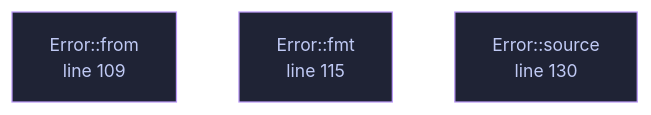
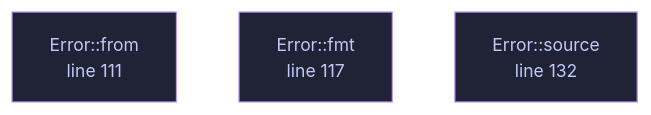
One commit to tilas01/veilvoice changed the diagram in docs/files/veilvoice-conversation/lib.md. Above: the diagram before and after it, drawn with Mermaid. The commit also changed other lines of this file and 55 other files, not shown here.

````diff
--- a/docs/files/veilvoice-conversation/lib.md
+++ b/docs/files/veilvoice-conversation/lib.md
@@ -114,12 +114,12 @@
 ```mermaid
 %%{init: {"theme":"base","themeVariables":{"background":"#1a1b26","primaryColor":"#1f2335","primaryTextColor":"#c0caf5","primaryBorderColor":"#7aa2f7","secondaryColor":"#16161e","tertiaryColor":"#16161e","lineColor":"#737aa2","textColor":"#c0caf5","mainBkg":"#1f2335","nodeBorder":"#7aa2f7","clusterBkg":"#16161e","clusterBorder":"#2f3549","fontFamily":"ui-monospace, SFMono-Regular, Consolas, monospace","fontSize":"14px"}}}%%
 flowchart TD
-    n_from["Error::from<br/>line 109"]
-    n_fmt["Error::fmt<br/>line 115"]
-    n_source["Error::source<br/>line 130"]
-    click n_from href "https://github.com/tilas01/veilvoice/blob/main/crates/veilvoice-conversation/src/lib.rs#L109" "open the source"
-    click n_fmt href "https://github.com/tilas01/veilvoice/blob/main/crates/veilvoice-conversation/src/lib.rs#L115" "open the source"
-    click n_source href "https://github.com/tilas01/veilvoice/blob/main/crates/veilvoice-conversation/src/lib.rs#L130" "open the source"
+    n_from["Error::from<br/>line 111"]
+    n_fmt["Error::fmt<br/>line 117"]
+    n_source["Error::source<br/>line 132"]
+    click n_from href "https://github.com/tilas01/veilvoice/blob/main/crates/veilvoice-conversation/src/lib.rs#L111" "open the source"
+    click n_fmt href "https://github.com/tilas01/veilvoice/blob/main/crates/veilvoice-conversation/src/lib.rs#L117" "open the source"
+    click n_source href "https://github.com/tilas01/veilvoice/blob/main/crates/veilvoice-conversation/src/lib.rs#L132" "open the source"
     classDef helper fill:#1f2335,stroke:#bb9af7,color:#c0caf5
     class n_from,n_fmt,n_source helper
 ```
````
